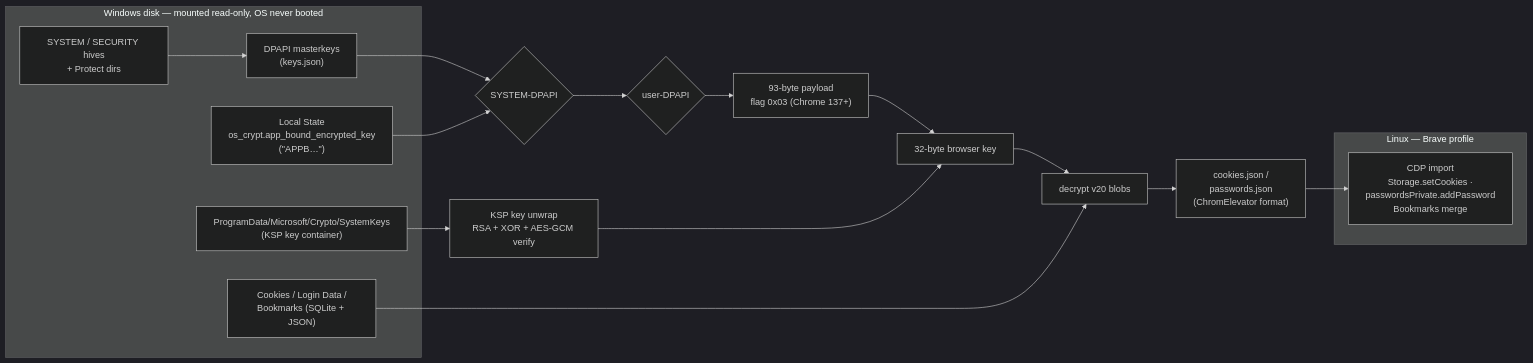
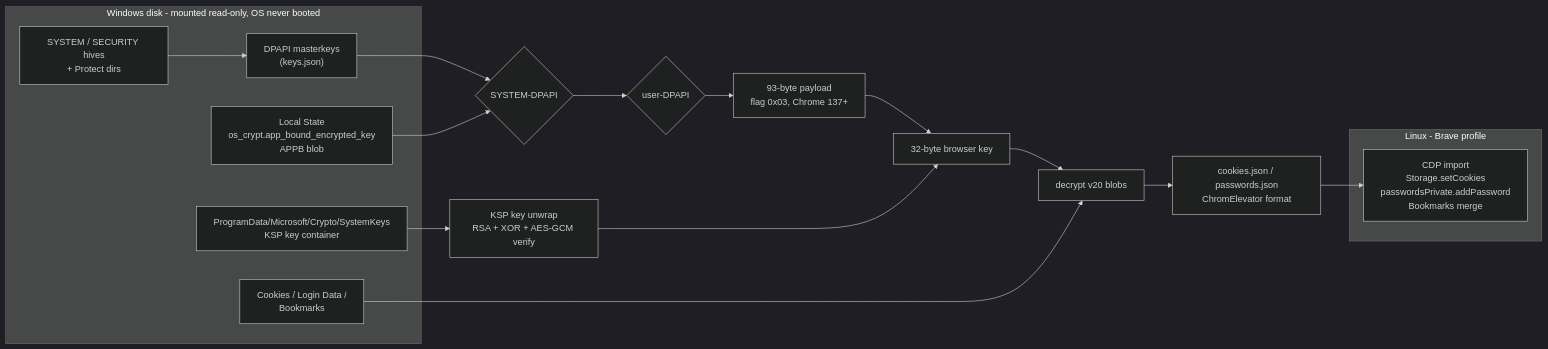
The diagram in README.md (rviach/chrome-offline-to-brave), drawn with Mermaid (dark theme) before and after one commit.

Commit message:
README: fix mermaid label syntax (HTML entities broke GitHub parsing)

````diff
--- a/README.md
+++ b/README.md
@@ -46,26 +46,26 @@
 ```mermaid
 graph LR
-    subgraph LD["Windows disk — mounted read-only, OS never booted"]
+    subgraph WIN["Windows disk - mounted read-only, OS never booted"]
         HIVES["SYSTEM / SECURITY hives<br/>+ Protect dirs"] --> KEYS["DPAPI masterkeys<br/>(keys.json)"]
-        LOCALSTATE["Local State<br/>os_crypt.app_bound_encrypted_key<br/>(&quot;APPB…&quot;)"]
-        SYSTKEYS["ProgramData/Microsoft/Crypto/SystemKeys<br/>(KSP key container)"]
-        DBS["Cookies / Login Data /<br/>Bookmarks (SQLite + JSON)"]
+        LOCALSTATE["Local State<br/>os_crypt.app_bound_encrypted_key<br/>APPB blob"]
+        SYSTKEYS["ProgramData/Microsoft/Crypto/SystemKeys<br/>KSP key container"]
+        DBS["Cookies / Login Data /<br/>Bookmarks"]
     end
 
     KEYS --> SYS{"SYSTEM-DPAPI"}
     LOCALSTATE --> SYS
     SYS --> USR{"user-DPAPI"}
-    USR --> PAYLOAD["93-byte payload<br/>flag 0x03 (Chrome 137+)"]
+    USR --> PAYLOAD["93-byte payload<br/>flag 0x03, Chrome 137+"]
     SYSTKEYS --> KSP["KSP key unwrap<br/>RSA + XOR + AES-GCM verify"]
     PAYLOAD --> KEY["32-byte browser key"]
     KSP --> KEY
 
     KEY --> DEC["decrypt v20 blobs"]
     DBS --> DEC
 
-    subgraph BRAVE["Linux — Brave profile"]
-        IMP["CDP import<br/>Storage.setCookies ·<br/>passwordsPrivate.addPassword<br/>Bookmarks merge"]
+    subgraph LINUX["Linux - Brave profile"]
+        IMP["CDP import<br/>Storage.setCookies<br/>passwordsPrivate.addPassword<br/>Bookmarks merge"]
     end
-    DEC --> COOKIES["cookies.json /<br/>passwords.json<br/>(ChromElevator format)"]
+    DEC --> COOKIES["cookies.json / passwords.json<br/>ChromElevator format"]
     COOKIES --> IMP
 ```
````
